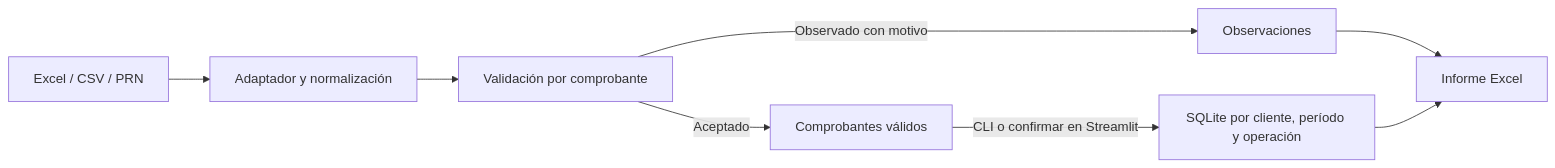
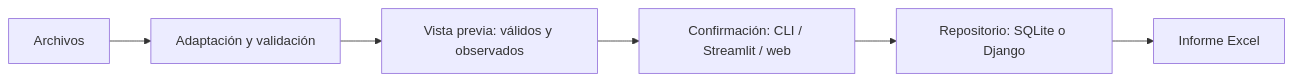
The diagram in README.md (SantinelliGabriel/automatizador-reportes), drawn with Mermaid before and after one commit. The commit also changed other lines of this file and 3 other files, not shown here.

````diff
--- a/README.md
+++ b/README.md
@@ -175,10 +72,7 @@
 ```mermaid
 flowchart LR
-    A[Excel / CSV / PRN] --> B[Adaptador y normalización]
-    B --> C[Validación por comprobante]
-    C -->|Aceptado| D[Comprobantes válidos]
-    C -->|Observado con motivo| E[Observaciones]
-    D -->|CLI o confirmar en Streamlit| F[SQLite por cliente, período y operación]
-    E --> G[Informe Excel]
-    F --> G
+    A[Archivos] --> B[Adaptación y validación] --> C[Vista previa: válidos y observados]
+    C --> D[Confirmación: CLI / Streamlit / web]
+    D --> E[Repositorio: SQLite o Django]
+    E --> F[Informe Excel]
 ```
````
